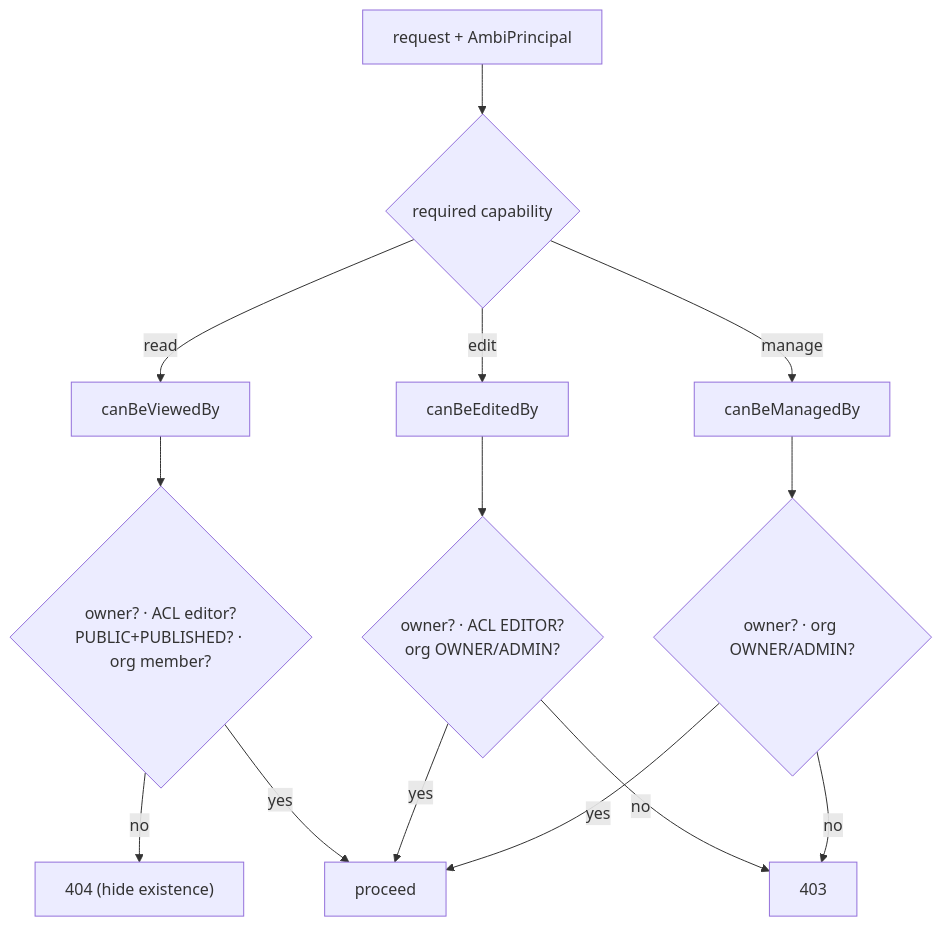
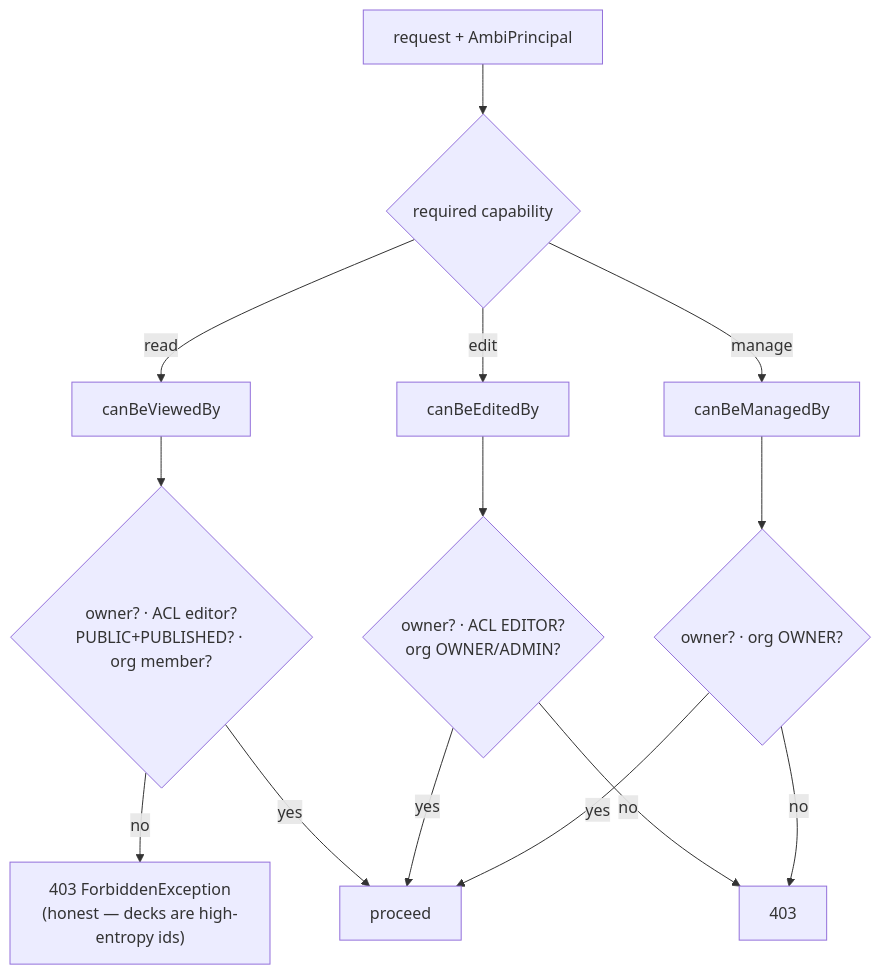
Before and after one commit to Saganaut/ambi: the second of 6 diagrams in z-docs/diagrams/deck-authoring.md, drawn with Mermaid. The commit also changed other lines of this file and 5 other files, not shown here.

Commit message:
docs(diagrams): correct auth, collaboration, deck-authoring, domain-model, frontend-architecture, index

````diff
--- a/z-docs/diagrams/deck-authoring.md
+++ b/z-docs/diagrams/deck-authoring.md
@@ -45,18 +47,18 @@
 ```mermaid
 flowchart TB
     REQ["request + AmbiPrincipal"] --> Q{"required capability"}
     Q -->|read| V["canBeViewedBy"]
     Q -->|edit| E["canBeEditedBy"]
     Q -->|manage| M["canBeManagedBy"]
 
     V --> VR{"owner? · ACL editor?<br/>PUBLIC+PUBLISHED? · org member?"}
     E --> ER{"owner? · ACL EDITOR?<br/>org OWNER/ADMIN?"}
-    M --> MR{"owner? · org OWNER/ADMIN?"}
+    M --> MR{"owner? · org OWNER?"}
 
-    VR -->|no| D404["404 (hide existence)"]
+    VR -->|no| D403V["403 ForbiddenException<br/>(honest — decks are high-entropy ids)"]
     ER -->|no| D403["403"]
     MR -->|no| D403
     VR -->|yes| OK["proceed"]
     ER -->|yes| OK
     MR -->|yes| OK
 ```
````
